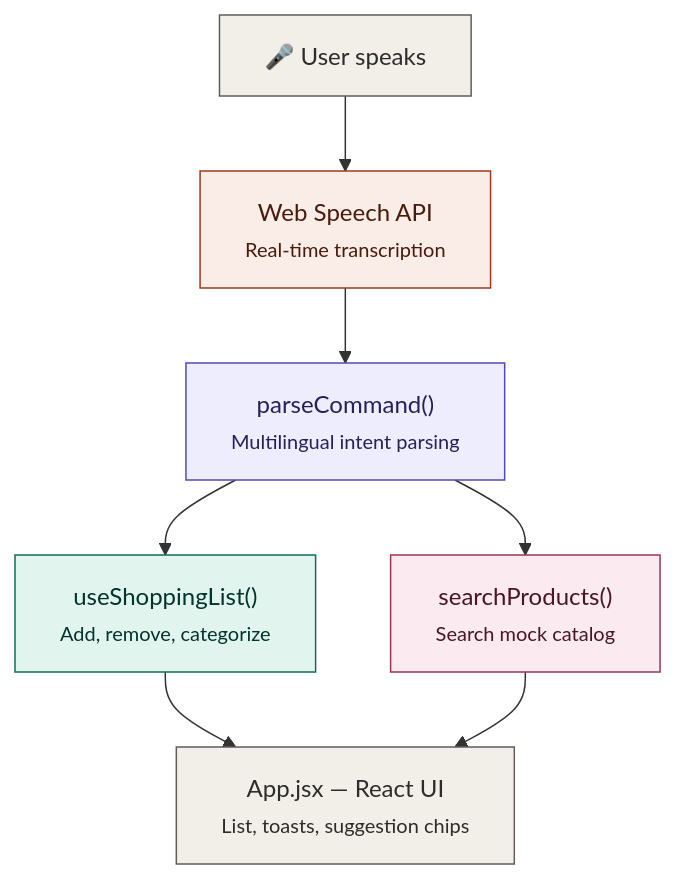
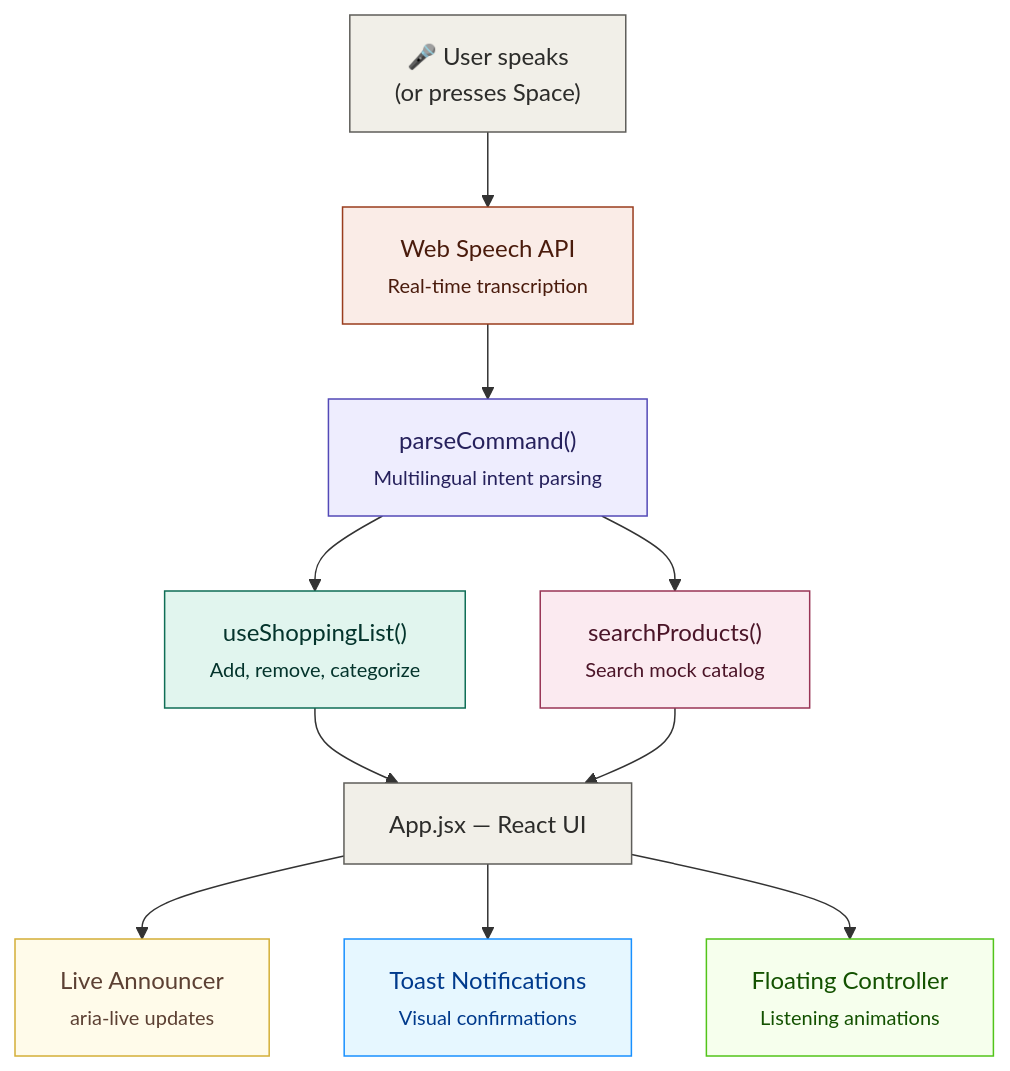
One commit to AbhyanandSharma2005/voice-shopping-assistant changed the diagram in README.md. Above: the diagram before and after it, drawn with Mermaid. The commit also changed other lines of this file, not shown here.

````diff
--- a/README.md
+++ b/README.md
@@ -61,16 +61,25 @@
 ```mermaid
 flowchart TD
-    A["🎤 User speaks"] --> B["Web Speech API<br/><small>Real-time transcription</small>"]
+    A["🎤 User speaks<br/>(or presses Space)"] --> B["Web Speech API<br/><small>Real-time transcription</small>"]
     B --> C["parseCommand()<br/><small>Multilingual intent parsing</small>"]
+    
     C --> D["useShoppingList()<br/><small>Add, remove, categorize</small>"]
     C --> E["searchProducts()<br/><small>Search mock catalog</small>"]
-    D --> F["App.jsx — React UI<br/><small>List, toasts, suggestion chips</small>"]
+    
+    D --> F["App.jsx — React UI"]
     E --> F
+    
+    F --> G["Live Announcer<br/><small>aria-live updates</small>"]
+    F --> H["Toast Notifications<br/><small>Visual confirmations</small>"]
+    F --> I["Floating Controller<br/><small>Listening animations</small>"]
 
     style A fill:#F1EFE8,stroke:#5F5E5A,color:#2C2C2A
     style B fill:#FAECE7,stroke:#993C1D,color:#4A1B0C
     style C fill:#EEEDFE,stroke:#534AB7,color:#26215C
     style D fill:#E1F5EE,stroke:#0F6E56,color:#04342C
     style E fill:#FBEAF0,stroke:#993556,color:#4B1528
     style F fill:#F1EFE8,stroke:#5F5E5A,color:#2C2C2A
+    style G fill:#FFFBEA,stroke:#D4AF37,color:#5C4033
+    style H fill:#E6F7FF,stroke:#1890FF,color:#003A8C
+    style I fill:#F6FFED,stroke:#52C41A,color:#135200
 ```
````
